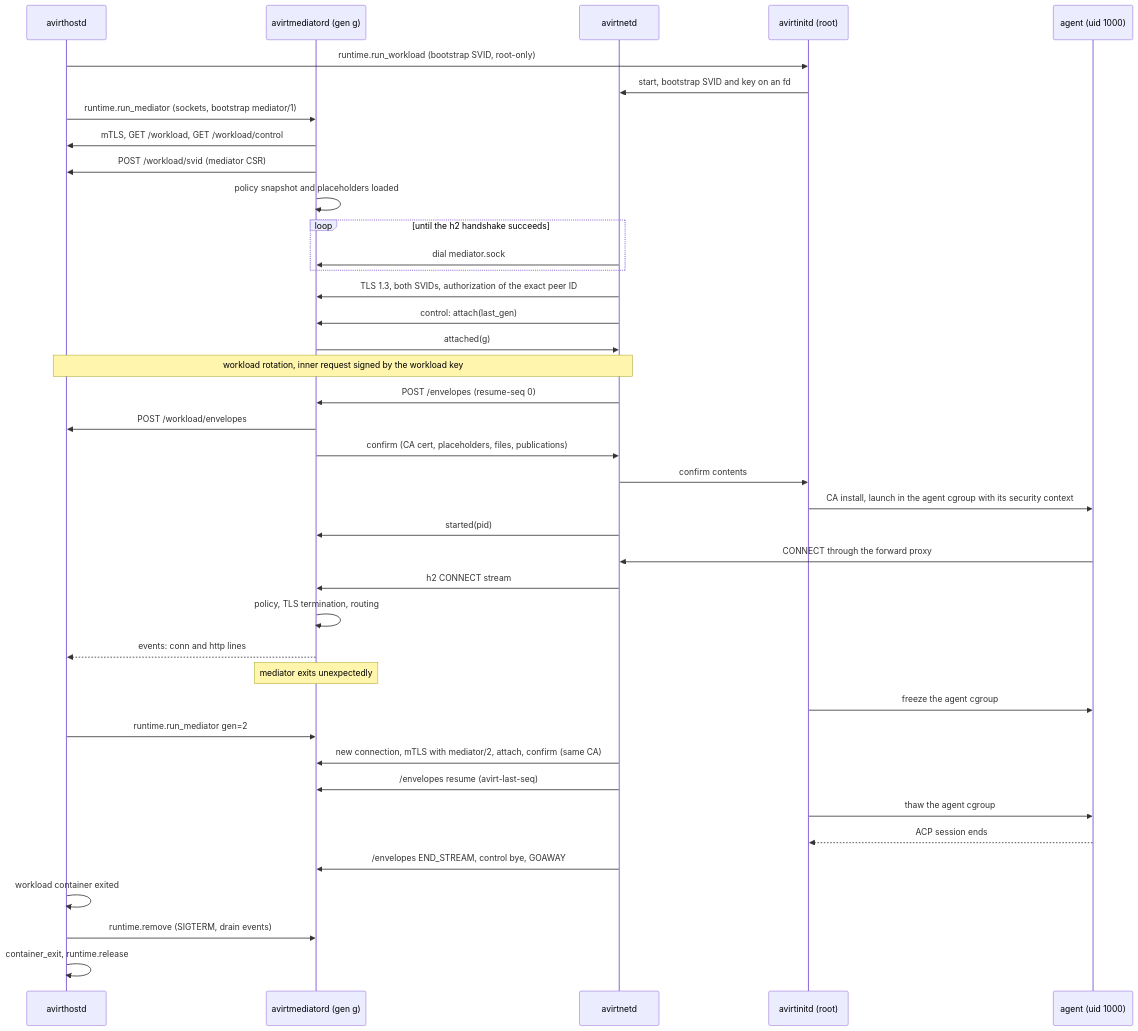
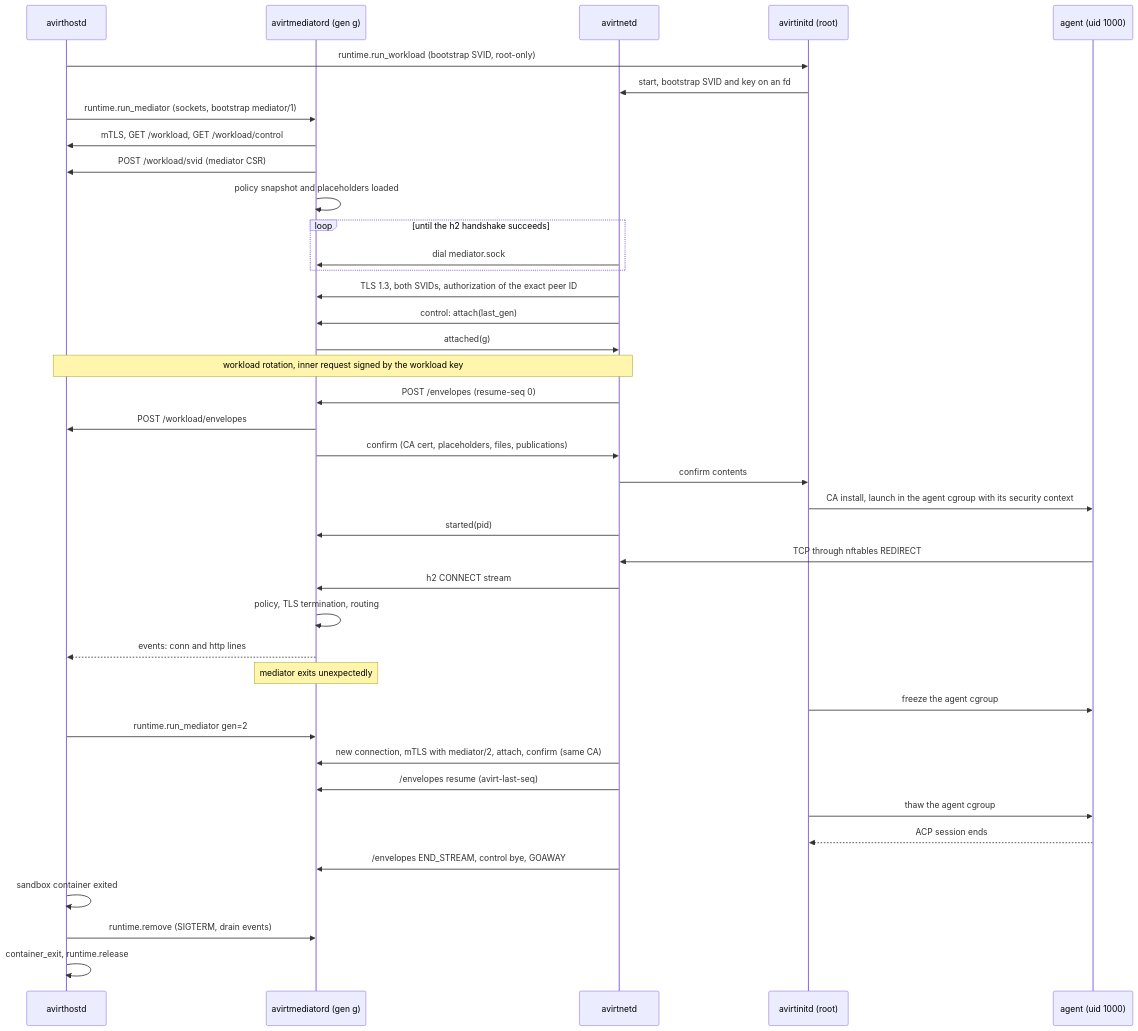
Before and after one commit to tbhb-dev/avirt: the diagram in docs/workload-topology.md, drawn with Mermaid. The commit also changed other lines of this file and 58 other files, not shown here.

````diff
--- a/docs/workload-topology.md
+++ b/docs/workload-topology.md
@@ -189,42 +199,42 @@
 ```mermaid
 sequenceDiagram
     participant C as avirthostd
     participant M as avirtmediatord (gen g)
     participant N as avirtnetd
     participant I as avirtinitd (root)
     participant A as agent (uid 1000)
     C->>I: runtime.run_workload (bootstrap SVID, root-only)
     I->>N: start, bootstrap SVID and key on an fd
     C->>M: runtime.run_mediator (sockets, bootstrap mediator/1)
     M->>C: mTLS, GET /workload, GET /workload/control
     M->>C: POST /workload/svid (mediator CSR)
     M->>M: policy snapshot and placeholders loaded
     loop until the h2 handshake succeeds
         N->>M: dial mediator.sock
     end
     N->>M: TLS 1.3, both SVIDs, authorization of the exact peer ID
     N->>M: control: attach(last_gen)
     M->>N: attached(g)
     Note over C,N: workload rotation, inner request signed by the workload key
     N->>M: POST /envelopes (resume-seq 0)
     M->>C: POST /workload/envelopes
     M->>N: confirm (CA cert, placeholders, files, publications)
     N->>I: confirm contents
     I->>A: CA install, launch in the agent cgroup with its security context
     N->>M: started(pid)
-    A->>N: CONNECT through the forward proxy
+    A->>N: TCP through nftables REDIRECT
     N->>M: h2 CONNECT stream
     M->>M: policy, TLS termination, routing
     M-->>C: events: conn and http lines
     Note over M: mediator exits unexpectedly
     I->>A: freeze the agent cgroup
     C->>M: runtime.run_mediator gen=2
     N->>M: new connection, mTLS with mediator/2, attach, confirm (same CA)
     N->>M: /envelopes resume (avirt-last-seq)
     I->>A: thaw the agent cgroup
     A-->>I: ACP session ends
     N->>M: /envelopes END_STREAM, control bye, GOAWAY
-    C->>C: workload container exited
+    C->>C: sandbox container exited
     C->>M: runtime.remove (SIGTERM, drain events)
     C->>C: container_exit, runtime.release
 ```
````
